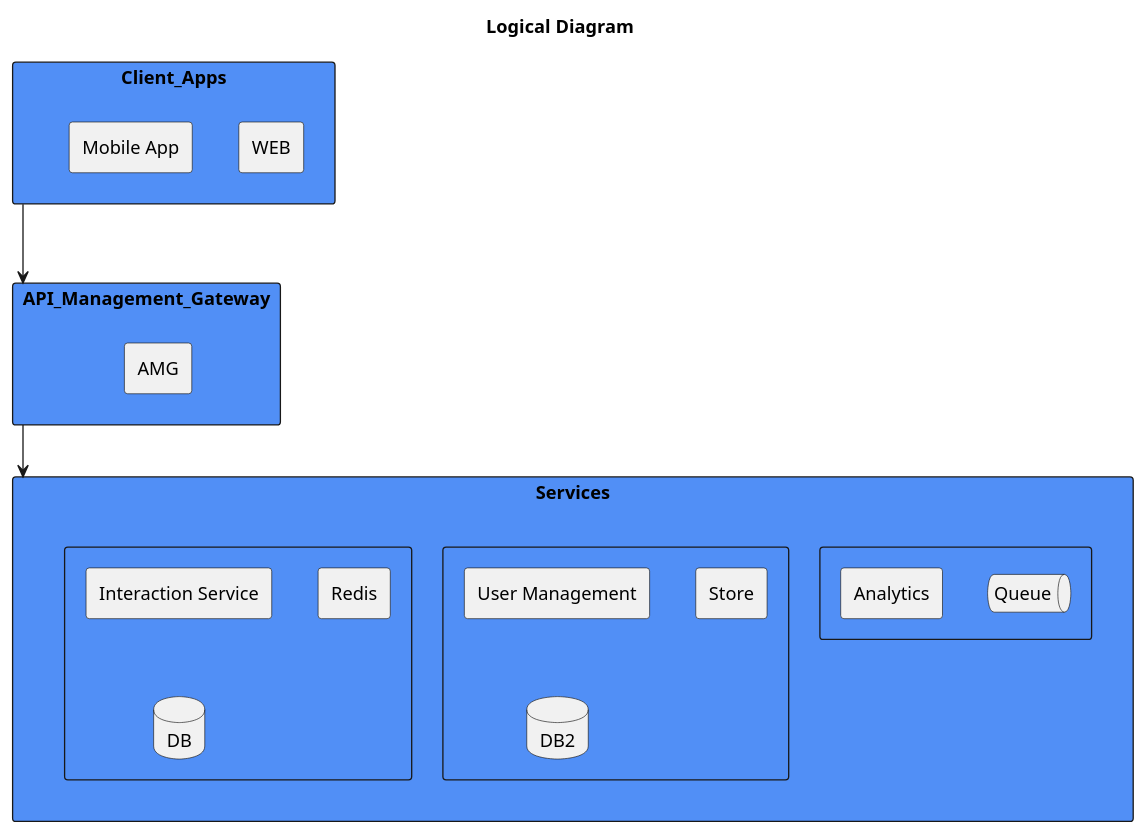
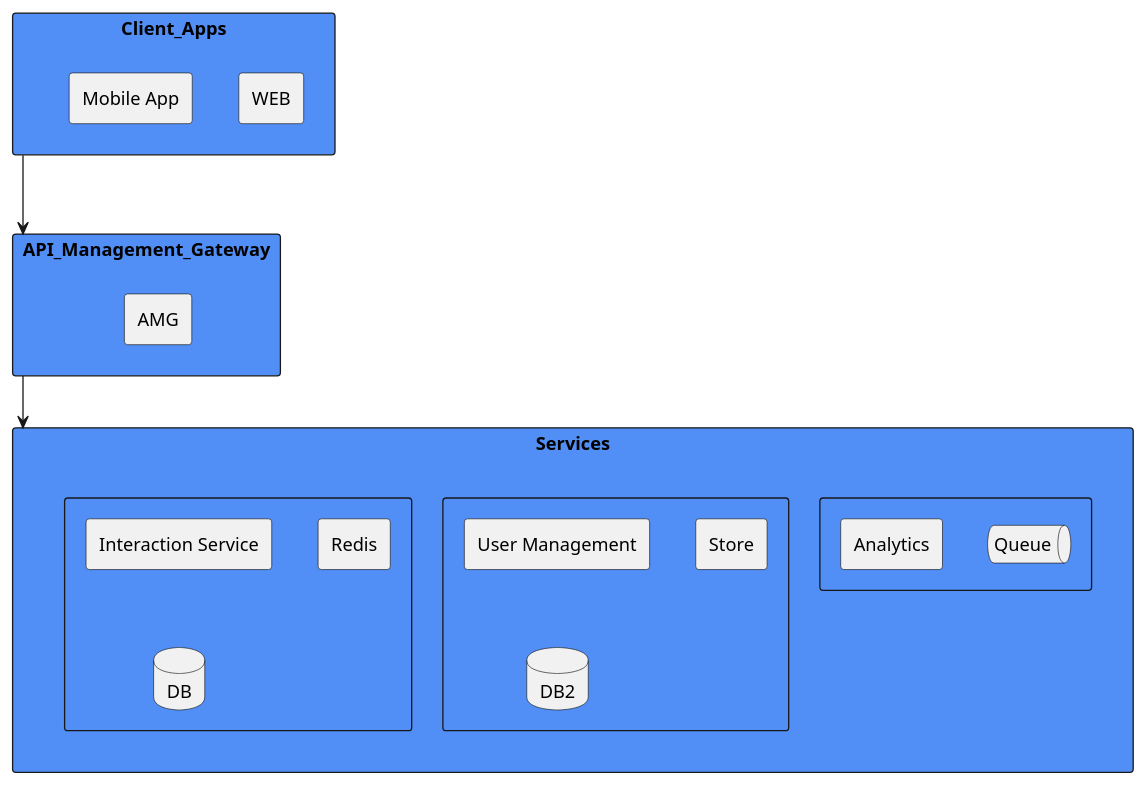
One commit to domagojbozic/team-mustang-kata-2022 changed the diagram in diagrams/logical_diagram.puml. Above: the diagram before and after it, drawn with PlantUML. The commit also changed 1 other file, not shown here.

Commit message:
remove title of diagram

```diff
--- a/diagrams/logical_diagram.puml
+++ b/diagrams/logical_diagram.puml
@@ -1,40 +1,38 @@
 @startuml
 <style>
 rectangle {
     BackGroundColor #518FF6
 }
 </style>
-
-title Logical Diagram
 
 rectangle Client_Apps{
  agent WEB
  agent "Mobile App"
 }
 
 rectangle API_Management_Gateway{
  agent AMG
 }
 
 rectangle Services {
     rectangle  {
     queue Queue
     agent Analytics
     }
 
     rectangle {
      agent "User Management"
      agent "Store"
      database "DB2"
     }
 
     rectangle {
      agent "Interaction Service"
      agent "Redis"
      database "DB"
     }
 }
 
 Client_Apps ---> API_Management_Gateway
 API_Management_Gateway --> Services
 @enduml
```
